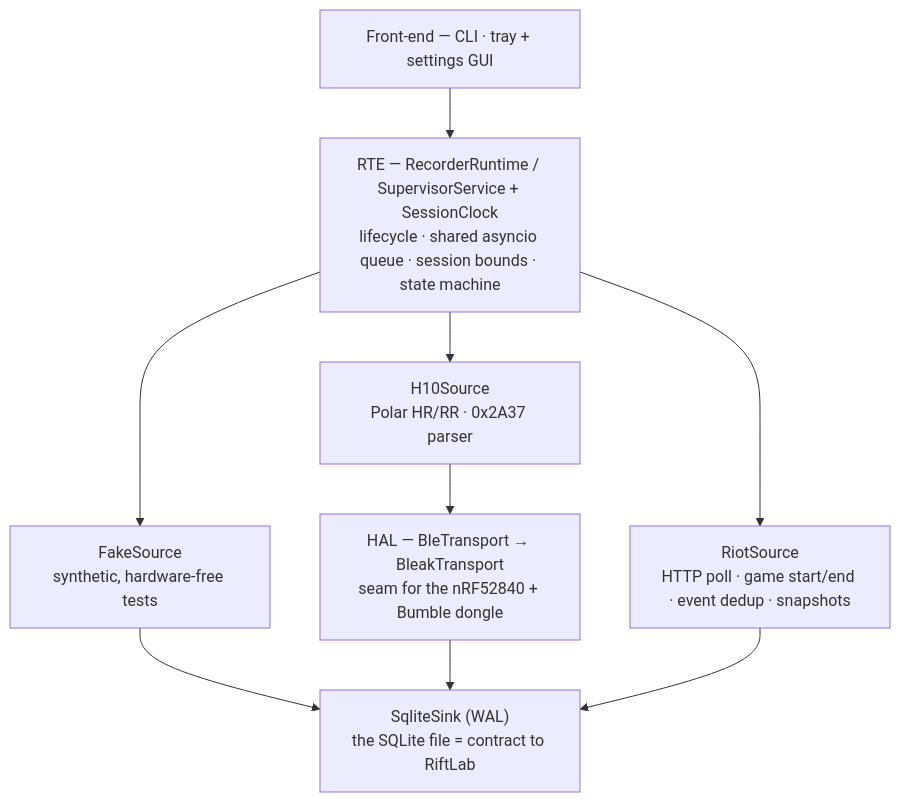
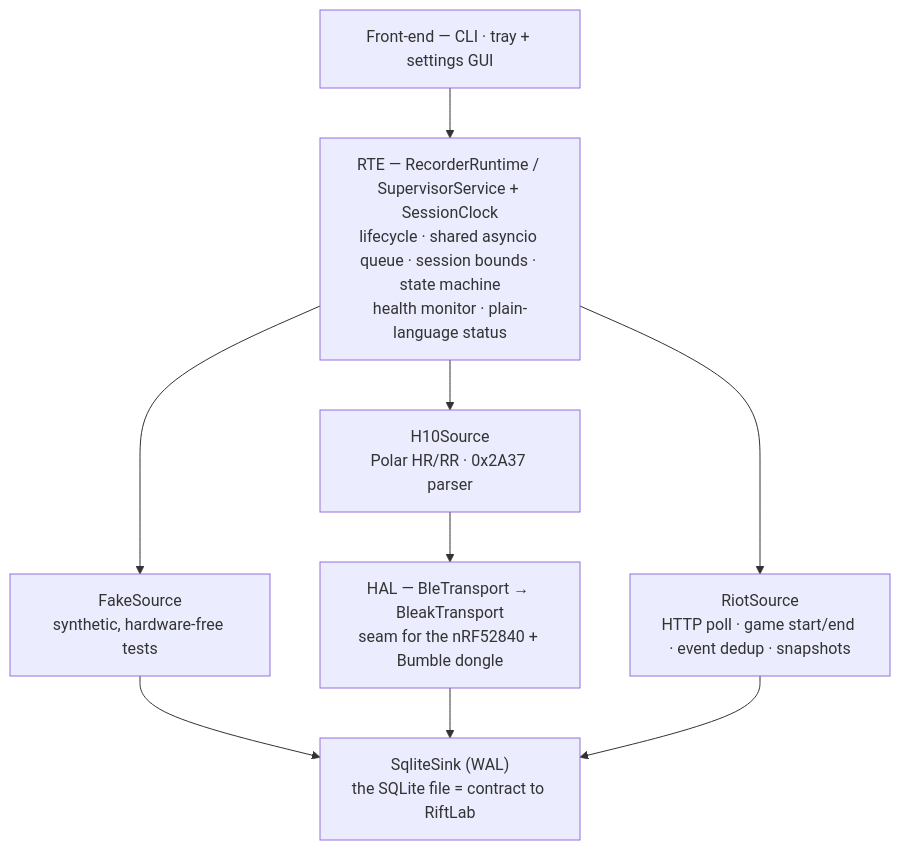
Before and after one commit to MechatronikMonkey/RiftRec: the diagram in README.md, drawn with Mermaid. The commit also changed other lines of this file and 1 other file, not shown here.

````diff
--- a/README.md
+++ b/README.md
@@ -148,19 +165,19 @@
 ```mermaid
 flowchart TD
     FE["Front-end — CLI · tray + settings GUI"]
-    RTE["RTE — RecorderRuntime / SupervisorService + SessionClock<br/>lifecycle · shared asyncio queue · session bounds · state machine"]
+    RTE["RTE — RecorderRuntime / SupervisorService + SessionClock<br/>lifecycle · shared asyncio queue · session bounds · state machine<br/>health monitor · plain-language status"]
     Fake["FakeSource<br/>synthetic, hardware-free tests"]
     H10["H10Source<br/>Polar HR/RR · 0x2A37 parser"]
     HAL["HAL — BleTransport → BleakTransport<br/>seam for the nRF52840 + Bumble dongle"]
     Riot["RiotSource<br/>HTTP poll · game start/end · event dedup · snapshots"]
     Sink["SqliteSink (WAL)<br/>the SQLite file = contract to RiftLab"]
 
     FE --> RTE
     RTE --> Fake
     RTE --> H10
     RTE --> Riot
     H10 --> HAL
     Fake --> Sink
     HAL --> Sink
     Riot --> Sink
 ```
````
